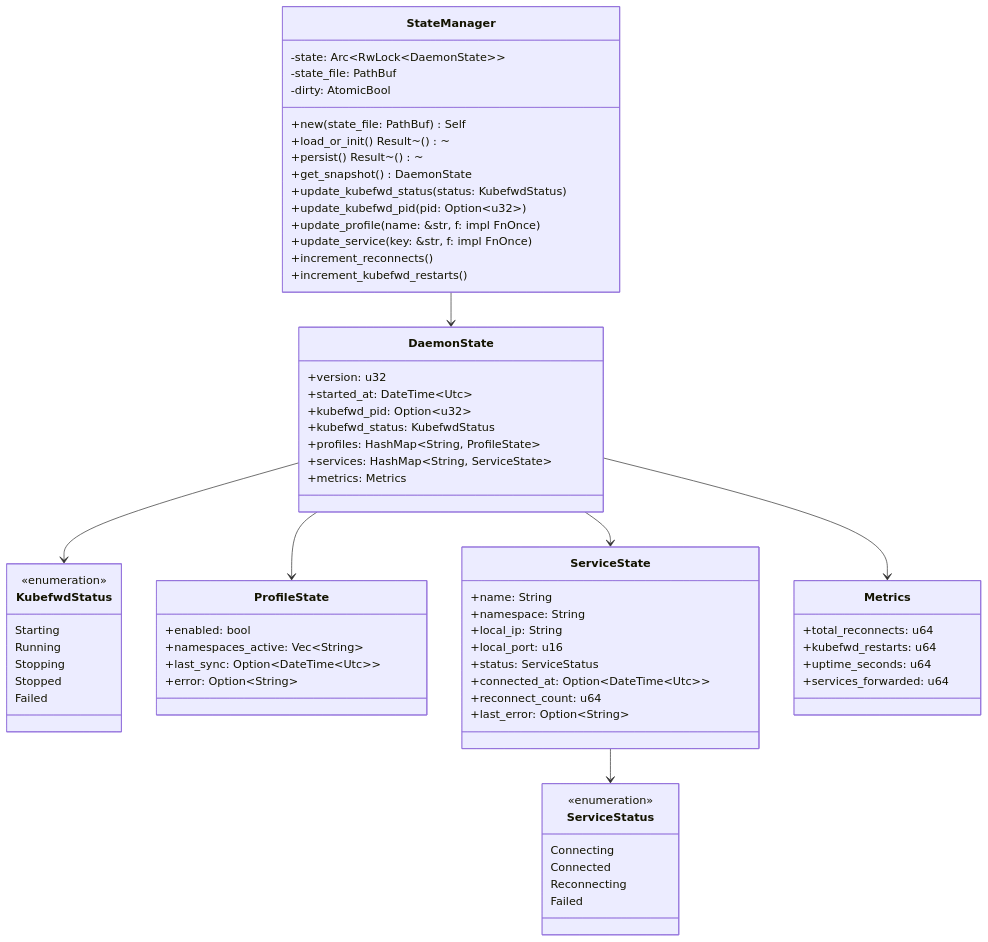
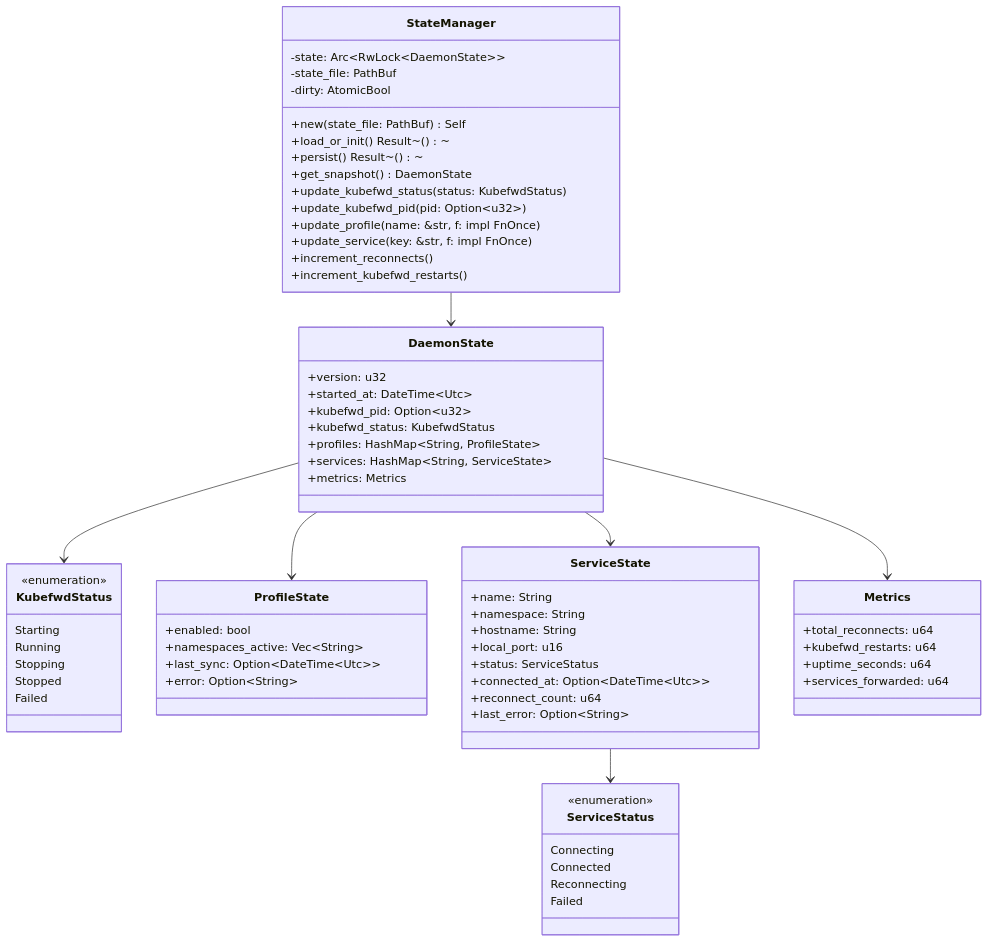
Before and after one commit to parthspatel/nix-kubefwd: the fifth of 20 diagrams in docs/CODE_ARCHITECTURE.md, drawn with Mermaid. The commit also changed other lines of this file and 2 other files, not shown here.

````diff
--- a/docs/CODE_ARCHITECTURE.md
+++ b/docs/CODE_ARCHITECTURE.md
@@ -266,77 +264,77 @@
 ```mermaid
 classDiagram
     class StateManager {
         -state: Arc~RwLock~DaemonState~~
         -state_file: PathBuf
         -dirty: AtomicBool
         +new(state_file: PathBuf) Self
         +load_or_init() Result~()~
         +persist() Result~()~
         +get_snapshot() DaemonState
         +update_kubefwd_status(status: KubefwdStatus)
         +update_kubefwd_pid(pid: Option~u32~)
         +update_profile(name: &str, f: impl FnOnce)
         +update_service(key: &str, f: impl FnOnce)
         +increment_reconnects()
         +increment_kubefwd_restarts()
     }
 
     class DaemonState {
         +version: u32
         +started_at: DateTime~Utc~
         +kubefwd_pid: Option~u32~
         +kubefwd_status: KubefwdStatus
         +profiles: HashMap~String, ProfileState~
         +services: HashMap~String, ServiceState~
         +metrics: Metrics
     }
 
     class KubefwdStatus {
         <<enumeration>>
         Starting
         Running
         Stopping
         Stopped
         Failed
     }
 
     class ProfileState {
         +enabled: bool
         +namespaces_active: Vec~String~
         +last_sync: Option~DateTime~Utc~~
         +error: Option~String~
     }
 
     class ServiceState {
         +name: String
         +namespace: String
-        +local_ip: String
+        +hostname: String
         +local_port: u16
         +status: ServiceStatus
         +connected_at: Option~DateTime~Utc~~
         +reconnect_count: u64
         +last_error: Option~String~
     }
 
     class ServiceStatus {
         <<enumeration>>
         Connecting
         Connected
         Reconnecting
         Failed
     }
 
     class Metrics {
         +total_reconnects: u64
         +kubefwd_restarts: u64
         +uptime_seconds: u64
         +services_forwarded: u64
     }
 
     StateManager --> DaemonState
     DaemonState --> KubefwdStatus
     DaemonState --> ProfileState
     DaemonState --> ServiceState
     DaemonState --> Metrics
     ServiceState --> ServiceStatus
 ```
````
